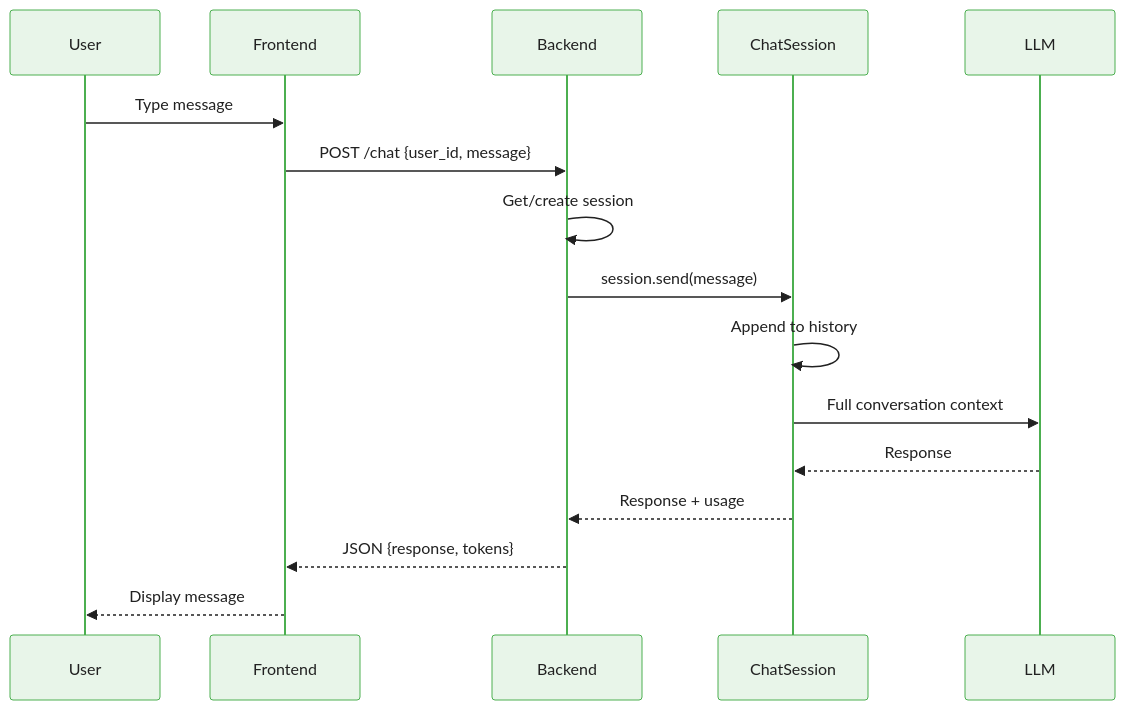
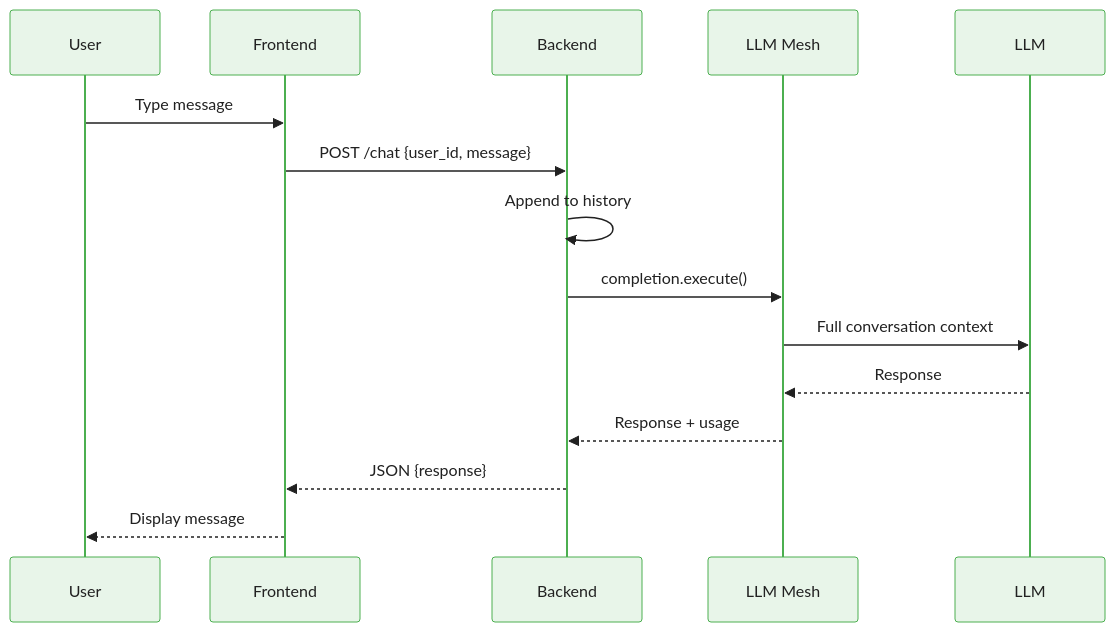
One commit to m-deane/course-creator changed the third of 4 diagrams in courses/dataiku-genai/modules/module_04_deployment/guides/02_webapp_integration_slides.md. Above: the diagram before and after it, drawn with Mermaid. The commit also changed other lines of this file and 73 other files, not shown here.

````diff
--- a/courses/dataiku-genai/modules/module_04_deployment/guides/02_webapp_integration_slides.md
+++ b/courses/dataiku-genai/modules/module_04_deployment/guides/02_webapp_integration_slides.md
@@ -241,20 +249,19 @@
 ```mermaid
 %%{init: {"theme": "base", "themeVariables": {"primaryColor": "#e8f5e9", "primaryBorderColor": "#4caf50", "primaryTextColor": "#212121", "secondaryColor": "#e3f2fd", "tertiaryColor": "#fff8e1", "lineColor": "#757575", "fontFamily": "Inter, sans-serif", "fontSize": "14px"}}}%%
 sequenceDiagram
     participant User
     participant Frontend
     participant Backend
-    participant ChatSession
+    participant LLM Mesh
     participant LLM
 
     User->>Frontend: Type message
     Frontend->>Backend: POST /chat {user_id, message}
-    Backend->>Backend: Get/create session
-    Backend->>ChatSession: session.send(message)
-    ChatSession->>ChatSession: Append to history
-    ChatSession->>LLM: Full conversation context
-    LLM-->>ChatSession: Response
-    ChatSession-->>Backend: Response + usage
-    Backend-->>Frontend: JSON {response, tokens}
+    Backend->>Backend: Append to history
+    Backend->>LLM Mesh: completion.execute()
+    LLM Mesh->>LLM: Full conversation context
+    LLM-->>LLM Mesh: Response
+    LLM Mesh-->>Backend: Response + usage
+    Backend-->>Frontend: JSON {response}
     Frontend-->>User: Display message
 ```
````
